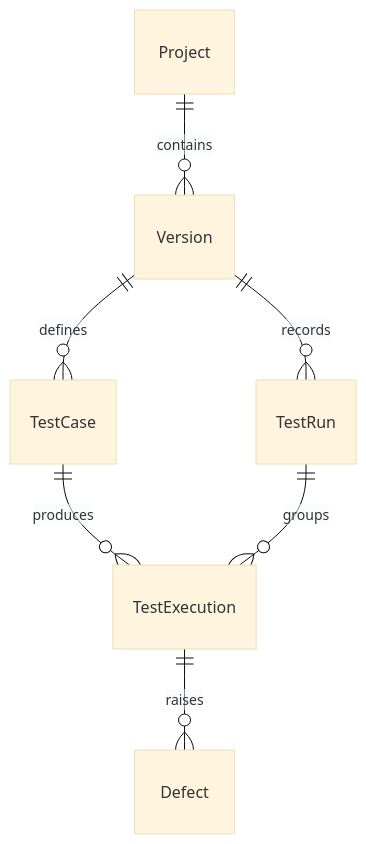
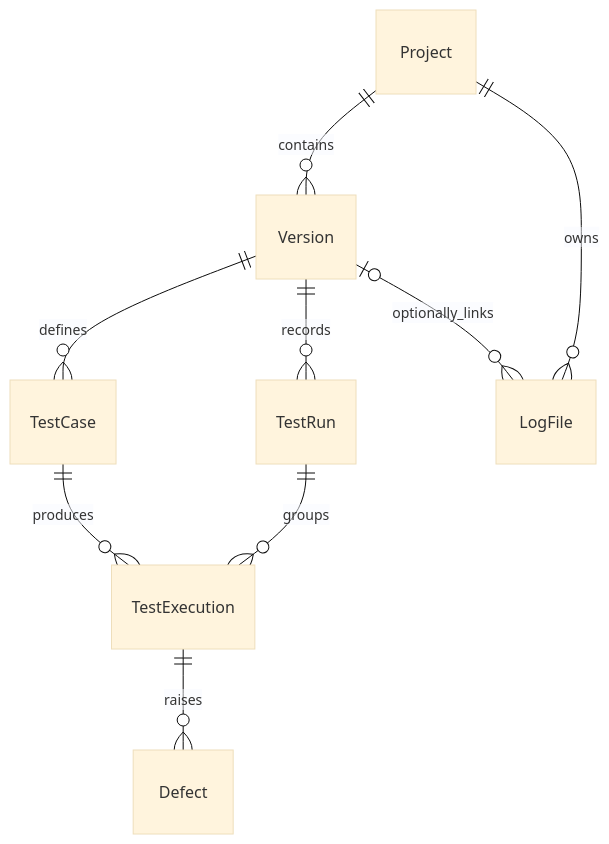
Before and after one commit to hzyufu-del/audio-test-management-platform: the fourth of 5 diagrams in README.md, drawn with Mermaid (base theme). The commit also changed other lines of this file and 13 other files, not shown here.

````diff
--- a/README.md
+++ b/README.md
@@ -50,9 +85,11 @@
 ```mermaid
 erDiagram
     Project ||--o{ Version : contains
     Version ||--o{ TestCase : defines
     Version ||--o{ TestRun : records
+    Project ||--o{ LogFile : owns
+    Version |o--o{ LogFile : optionally_links
     TestCase ||--o{ TestExecution : produces
     TestRun ||--o{ TestExecution : groups
     TestExecution ||--o{ Defect : raises
 ```
````
